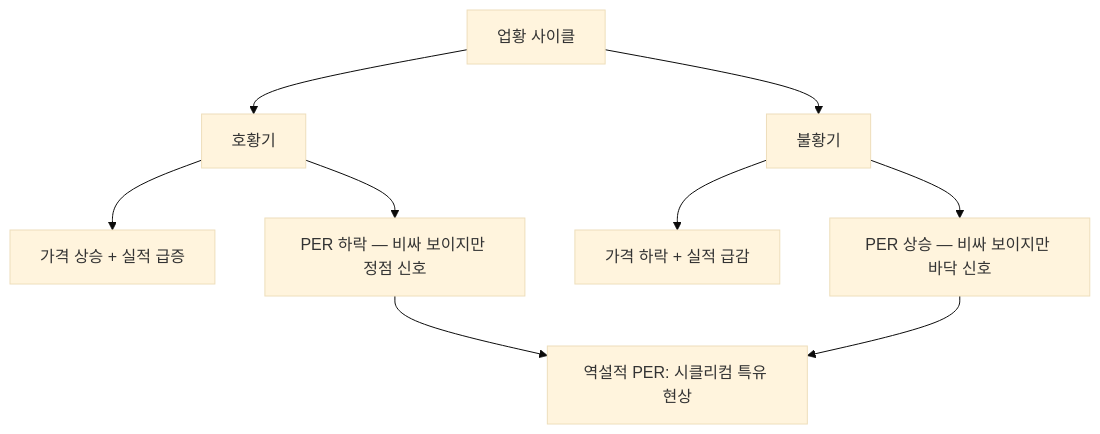
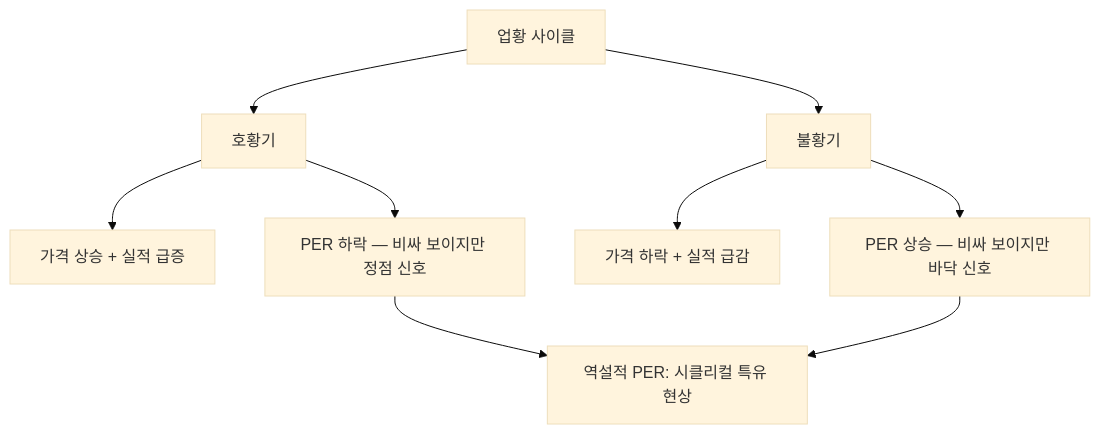
Before and after one commit to yeongseon/stock-visual-note: the diagram in content/stock-terms/ko/level-09-strategy-risk/cyclical.md, drawn with Mermaid (base theme). The commit also changed other lines of this file and 102 other files, not shown here.

Commit message:
Fix Oracle #7 issues: Mermaid typo, unsourced claim, status→review, CI paths, build --publish flag

````diff
--- a/content/stock-terms/ko/level-09-strategy-risk/cyclical.md
+++ b/content/stock-terms/ko/level-09-strategy-risk/cyclical.md
@@ -42,12 +42,12 @@
 ```mermaid
 graph TD
     A["업황 사이클"]
     A --> B["호황기"]
     A --> C["불황기"]
     B --> B1["가격 상승 + 실적 급증"]
     B --> B2["PER 하락 — 비싸 보이지만 정점 신호"]
     C --> C1["가격 하락 + 실적 급감"]
     C --> C2["PER 상승 — 비싸 보이지만 바닥 신호"]
-    B2 --> D["역설적 PER: 시클리컴 특유 현상"]
+    B2 --> D["역설적 PER: 시클리컬 특유 현상"]
     C2 --> D
 ```
````
